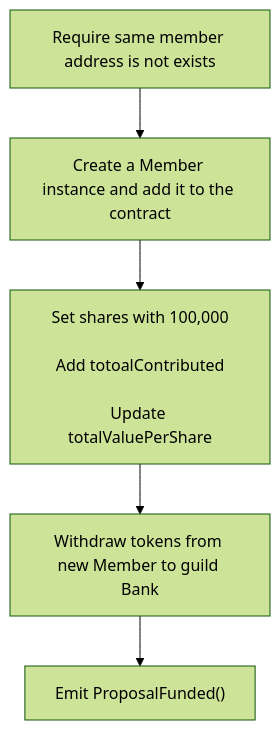
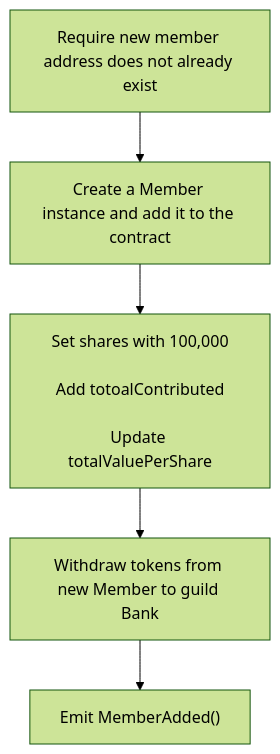
The diagram in flows/members/addMember.md (coinocracy/fund-contracts), drawn with Mermaid (forest theme) before and after one commit. The commit also changed 6 other files, not shown here.

Commit message:
changes to mermaid docs

````diff
--- a/flows/members/addMember.md
+++ b/flows/members/addMember.md
@@ -1,14 +1,14 @@
 ```mermaid
 
 flowchart TD
-A["Require same member address is not exists"]
+A["Require new member address does not already exist"]
 B["Create a Member instance and add it to the contract"]
 C["Set shares with 100,000\n\nAdd totoalContributed\n\nUpdate totalValuePerShare"]
 D["Withdraw tokens from new Member to guild Bank"]
-E["Emit ProposalFunded()"]
+E["Emit MemberAdded()"]
 A --> B
 B --> C
 C --> D
 D --> E
 
 ```
````
